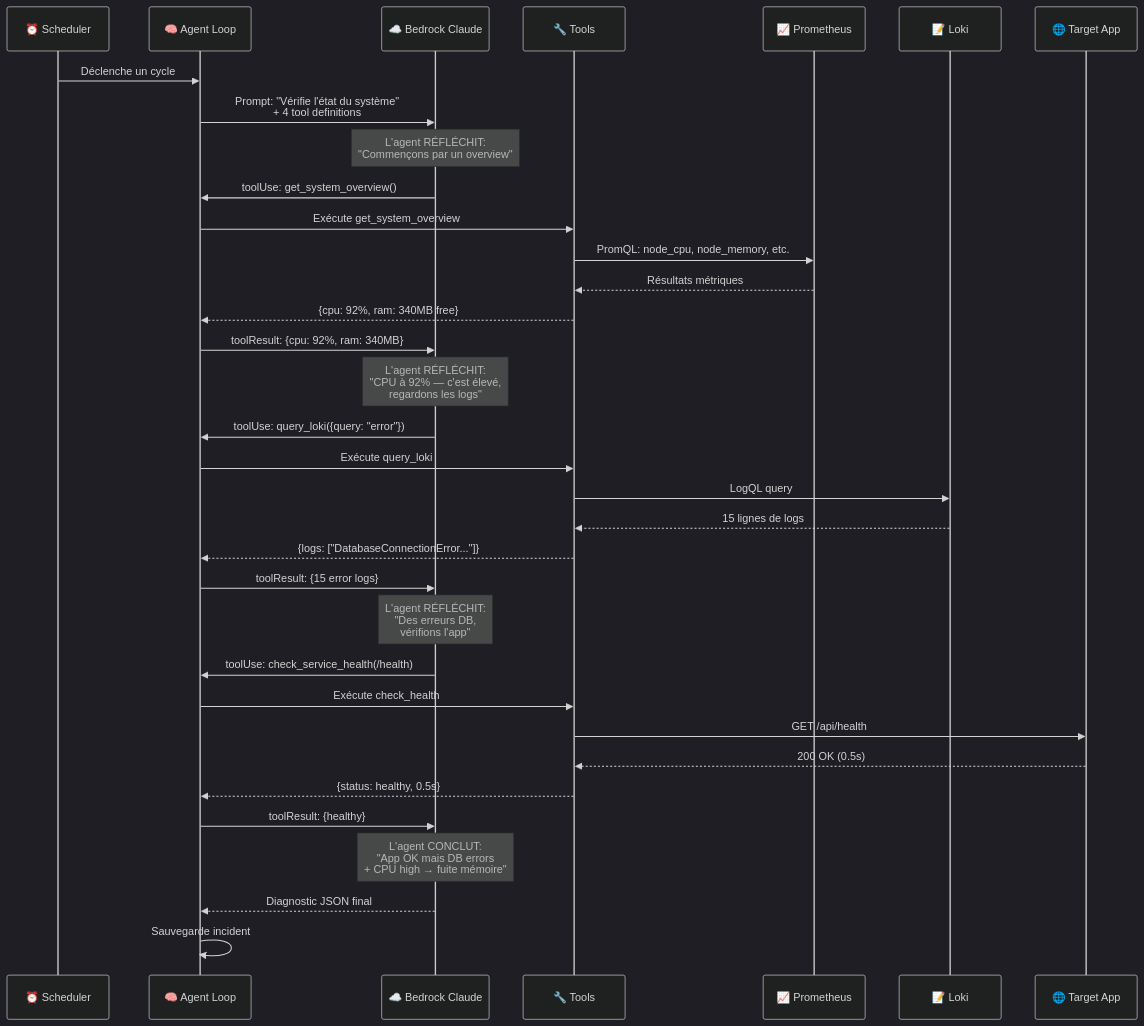
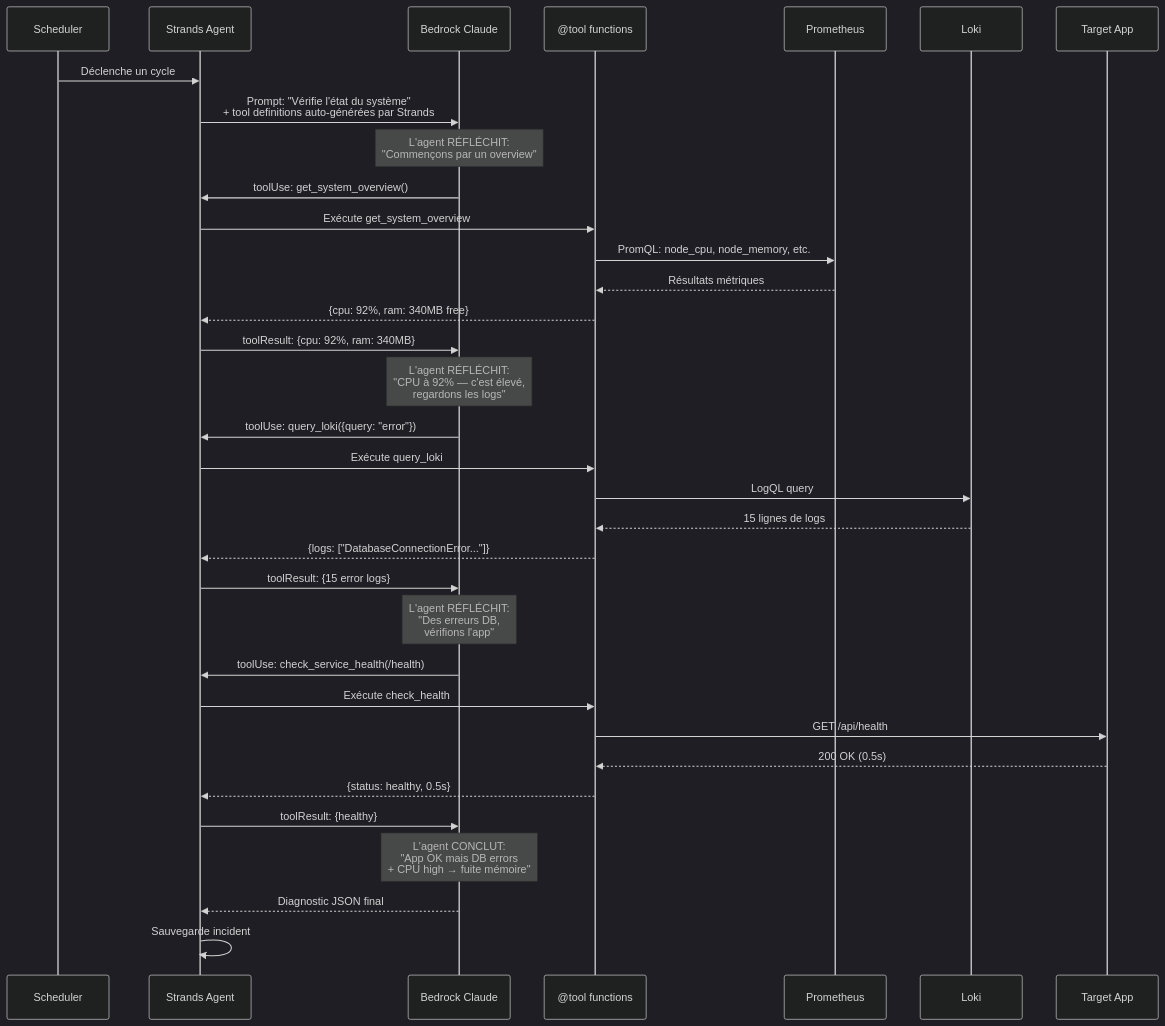
Before and after one commit to RIKIEL-K/monitoring-ia: the fourth of 6 diagrams in README.md, drawn with Mermaid (dark theme). The commit also changed other lines of this file, not shown here.

First line of the commit message:
Revise README for agent architecture and tools

````diff
--- a/README.md
+++ b/README.md
@@ -101,41 +101,41 @@
 ```mermaid
 sequenceDiagram
-    participant S as ⏰ Scheduler
-    participant L as 🧠 Agent Loop
-    participant B as ☁️ Bedrock Claude
-    participant T as 🔧 Tools
-    participant P as 📈 Prometheus
-    participant K as 📝 Loki
-    participant A as 🌐 Target App
+    participant S as  Scheduler
+    participant L as  Strands Agent
+    participant B as  Bedrock Claude
+    participant T as  @tool functions
+    participant P as  Prometheus
+    participant K as  Loki
+    participant A as  Target App
 
     S->>L: Déclenche un cycle
-    L->>B: Prompt: "Vérifie l'état du système"<br/>+ 4 tool definitions
+    L->>B: Prompt: "Vérifie l'état du système"<br/>+ tool definitions auto-générées par Strands
     
     Note over B: L'agent RÉFLÉCHIT:<br/>"Commençons par un overview"
     B->>L: toolUse: get_system_overview()
     L->>T: Exécute get_system_overview
     T->>P: PromQL: node_cpu, node_memory, etc.
     P-->>T: Résultats métriques
     T-->>L: {cpu: 92%, ram: 340MB free}
     L->>B: toolResult: {cpu: 92%, ram: 340MB}
     
     Note over B: L'agent RÉFLÉCHIT:<br/>"CPU à 92% — c'est élevé,<br/>regardons les logs"
     B->>L: toolUse: query_loki({query: "error"})
     L->>T: Exécute query_loki
     T->>K: LogQL query
     K-->>T: 15 lignes de logs
     T-->>L: {logs: ["DatabaseConnectionError..."]}
     L->>B: toolResult: {15 error logs}
     
     Note over B: L'agent RÉFLÉCHIT:<br/>"Des erreurs DB,<br/>vérifions l'app"
     B->>L: toolUse: check_service_health(/health)
     L->>T: Exécute check_health
     T->>A: GET /api/health
     A-->>T: 200 OK (0.5s)
     T-->>L: {status: healthy, 0.5s}
     L->>B: toolResult: {healthy}
     
     Note over B: L'agent CONCLUT:<br/>"App OK mais DB errors<br/>+ CPU high → fuite mémoire"
     B-->>L: Diagnostic JSON final
     L->>L: Sauvegarde incident
 ```
````
